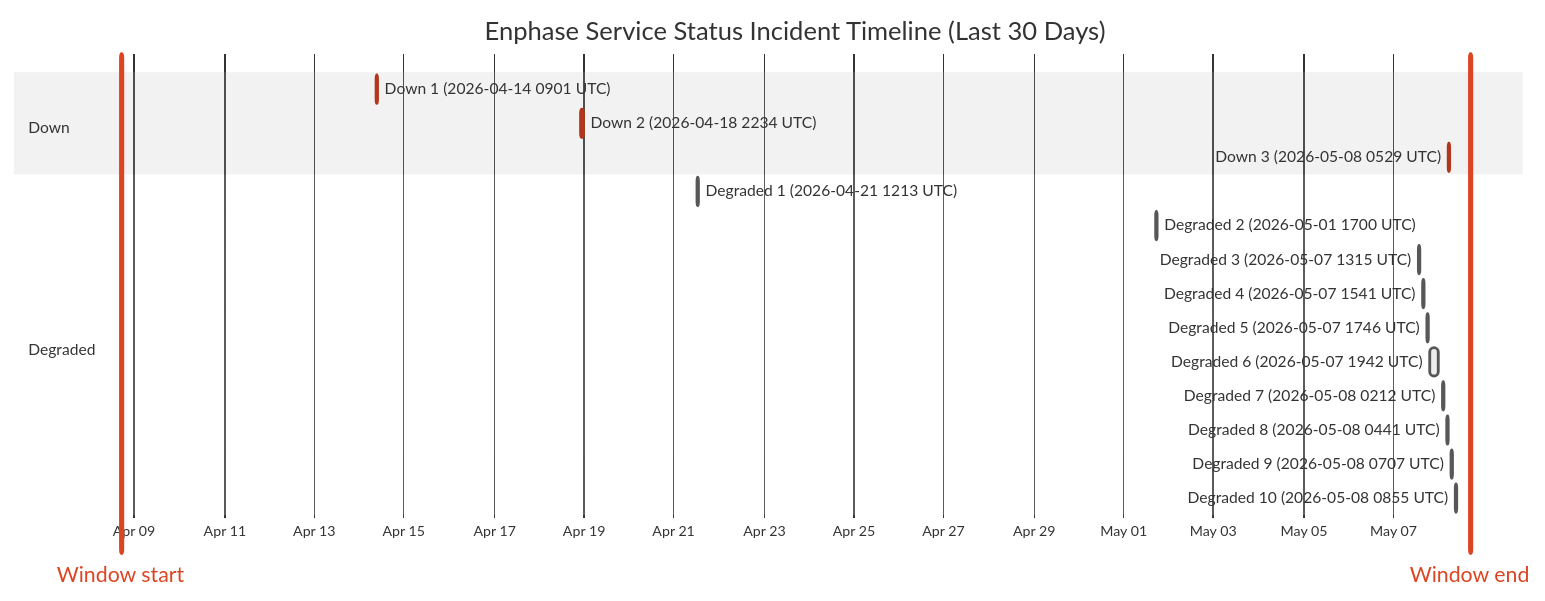
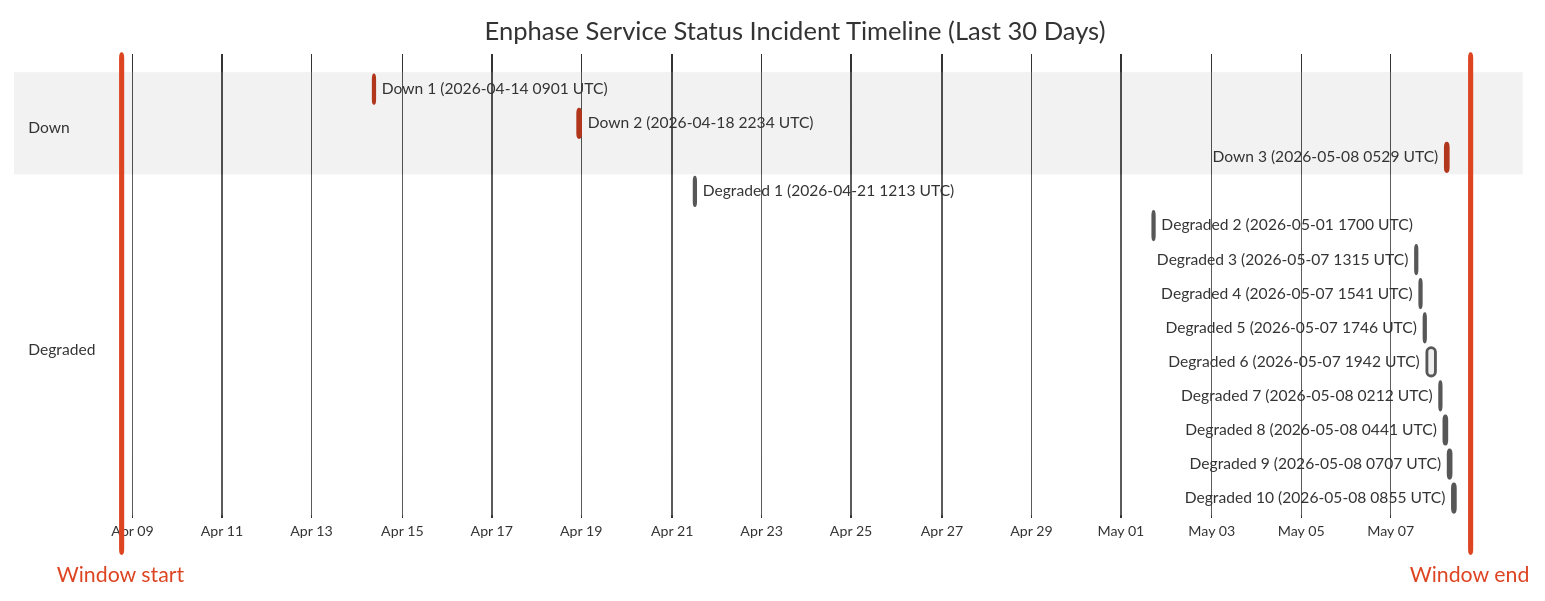
The diagram in wiki/Service-Status-History.md (barneyonline/ha-enphase-ev-charger), drawn with Mermaid (neutral theme) before and after one commit. The commit also changed other lines of this file and 3 other files, not shown here.

````diff
--- a/wiki/Service-Status-History.md
+++ b/wiki/Service-Status-History.md
@@ -14,23 +14,23 @@
 ```mermaid
 gantt
     title Enphase Service Status Incident Timeline (Last 30 Days)
     dateFormat  YYYY-MM-DDTHH:mm:ss
     axisFormat  %b %d
-    Window start :vert, window-start, 2026-04-08T16:50:59, 0ms
-    Window end :vert, window-end, 2026-05-08T16:50:59, 0ms
+    Window start :vert, window-start, 2026-04-08T18:09:09, 0ms
+    Window end :vert, window-end, 2026-05-08T18:09:09, 0ms
     section Down
     Down 1 (2026-04-14 0901 UTC) :crit, down-1, 2026-04-14T09:01:13, 60m
     Down 2 (2026-04-18 2234 UTC) :crit, down-2, 2026-04-18T22:34:13, 60m
     Down 3 (2026-05-08 0529 UTC) :crit, down-3, 2026-05-08T05:29:47, 60m
     section Degraded
     Degraded 1 (2026-04-21 1213 UTC) :active, degraded-1, 2026-04-21T12:13:11, 60m
     Degraded 2 (2026-05-01 1700 UTC) :active, degraded-2, 2026-05-01T17:00:22, 60m
     Degraded 3 (2026-05-07 1315 UTC) :active, degraded-3, 2026-05-07T13:15:25, 60m
     Degraded 4 (2026-05-07 1541 UTC) :active, degraded-4, 2026-05-07T15:41:58, 60m
     Degraded 5 (2026-05-07 1746 UTC) :active, degraded-5, 2026-05-07T17:46:51, 60m
     Degraded 6 (2026-05-07 1942 UTC) :active, degraded-6, 2026-05-07T19:42:10, 249m
     Degraded 7 (2026-05-08 0212 UTC) :active, degraded-7, 2026-05-08T02:12:39, 60m
     Degraded 8 (2026-05-08 0441 UTC) :active, degraded-8, 2026-05-08T04:41:46, 60m
     Degraded 9 (2026-05-08 0707 UTC) :active, degraded-9, 2026-05-08T07:07:30, 60m
     Degraded 10 (2026-05-08 0855 UTC) :active, degraded-10, 2026-05-08T08:55:20, 88m
 ```
````
